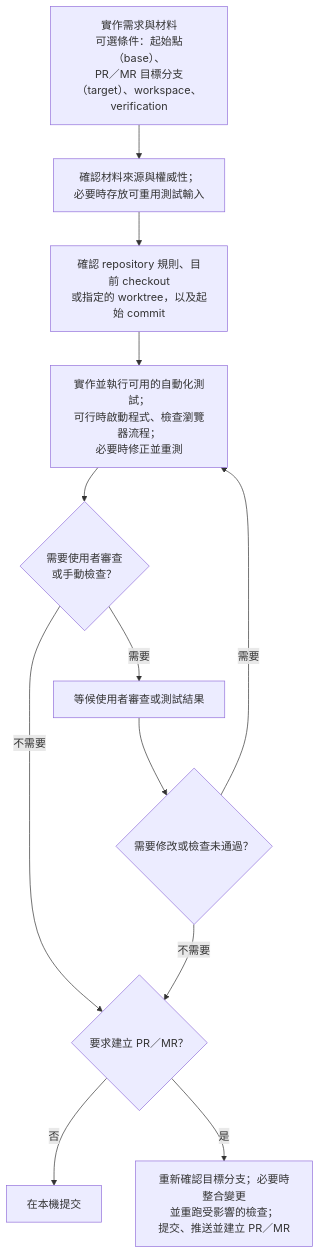
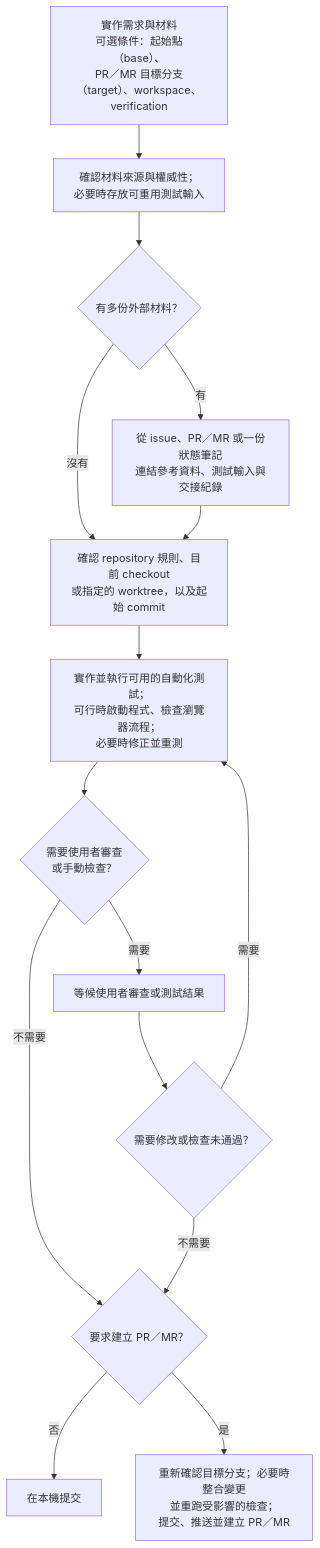
The second of 2 diagrams in README.zh-TW.md (sherrilla71940/dotfiles), drawn with Mermaid before and after one commit. The commit also changed other lines of this file and 1 other file, not shown here.

Commit message:
docs(readme): clarify skill invocation and material indexing

````diff
--- a/README.zh-TW.md
+++ b/README.zh-TW.md
@@ -55,14 +58,17 @@
 ```mermaid
 flowchart TB
     request["實作需求與材料<br/>可選條件：起始點（base）、<br/>PR／MR 目標分支（target）、workspace、verification"] --> materials["確認材料來源與權威性；<br/>必要時存放可重用測試輸入"]
-    materials --> workspace["確認 repository 規則、目前 checkout<br/>或指定的 worktree，以及起始 commit"]
+    materials --> material_index{"有多份外部材料？"}
+    material_index -->|有| links["從 issue、PR／MR 或一份狀態筆記<br/>連結參考資料、測試輸入與交接紀錄"]
+    material_index -->|沒有| workspace["確認 repository 規則、目前 checkout<br/>或指定的 worktree，以及起始 commit"]
+    links --> workspace
     workspace --> work["實作並執行可用的自動化測試；<br/>可行時啟動程式、檢查瀏覽器流程；<br/>必要時修正並重測"]
     work --> gate{"需要使用者審查<br/>或手動檢查？"}
     gate -->|需要| user["等候使用者審查或測試結果"]
     gate -->|不需要| delivery{"要求建立 PR／MR？"}
     user --> feedback{"需要修改或檢查未通過？"}
     feedback -->|需要| work
     feedback -->|不需要| delivery
     delivery -->|否| local["在本機提交"]
     delivery -->|是| publish["重新確認目標分支；必要時整合變更<br/>並重跑受影響的檢查；<br/>提交、推送並建立 PR／MR"]
 ```
````
